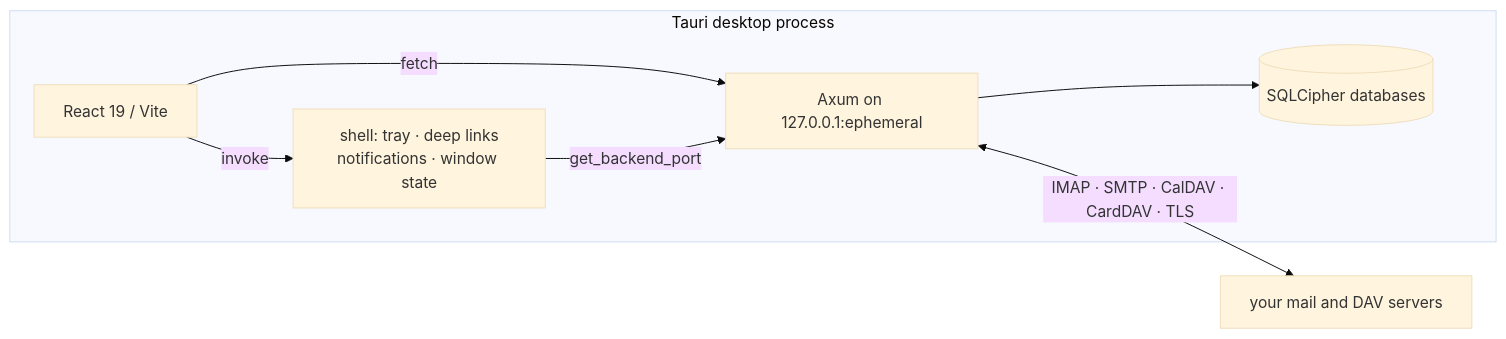
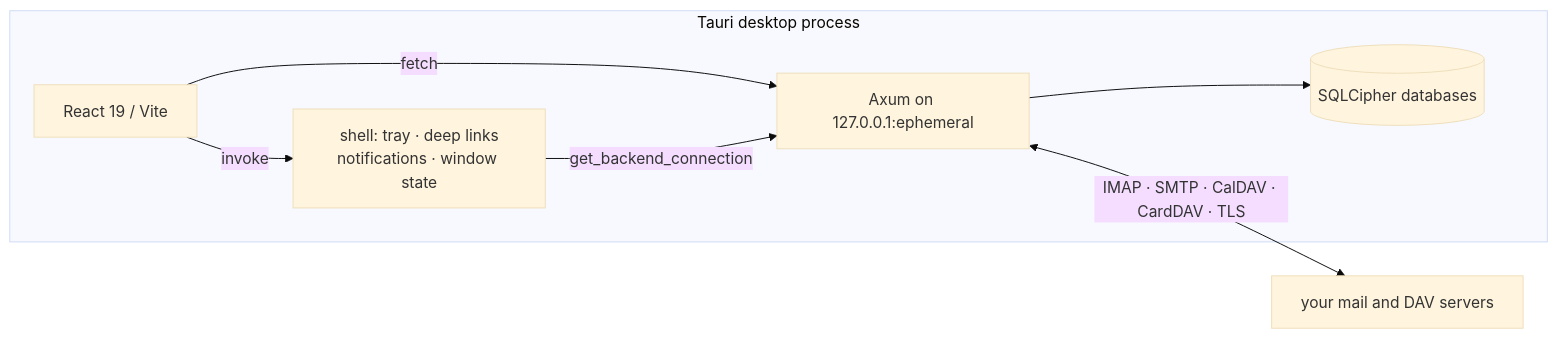
The diagram in README.md (guvercin-email/guvercin-desktop), drawn with Mermaid (base theme) before and after one commit. The commit also changed other lines of this file and 30 other files, not shown here.

````diff
--- a/README.md
+++ b/README.md
@@ -196,16 +196,16 @@
 ```mermaid
 flowchart LR
     subgraph desktop["Tauri desktop process"]
         UI["React 19 / Vite"]
         OS["shell: tray · deep links<br>notifications · window state"]
         API["Axum on 127.0.0.1:ephemeral"]
         DB[("SQLCipher databases")]
     end
     REMOTE["your mail and DAV servers"]
 
     UI -- "fetch" --> API
     UI -- "invoke" --> OS
-    OS -- "get_backend_port" --> API
+    OS -- "get_backend_connection" --> API
     API --> DB
     API <-- "IMAP · SMTP · CalDAV · CardDAV · TLS" --> REMOTE
 ```
````
